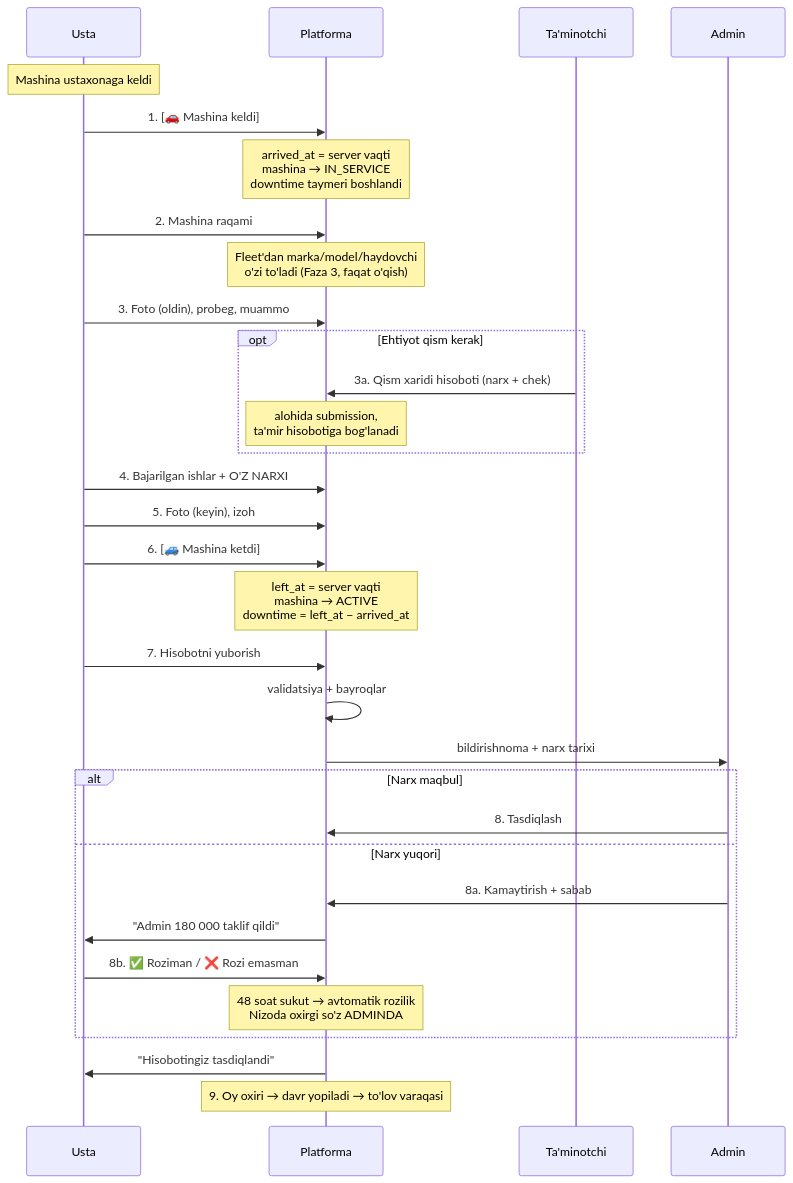
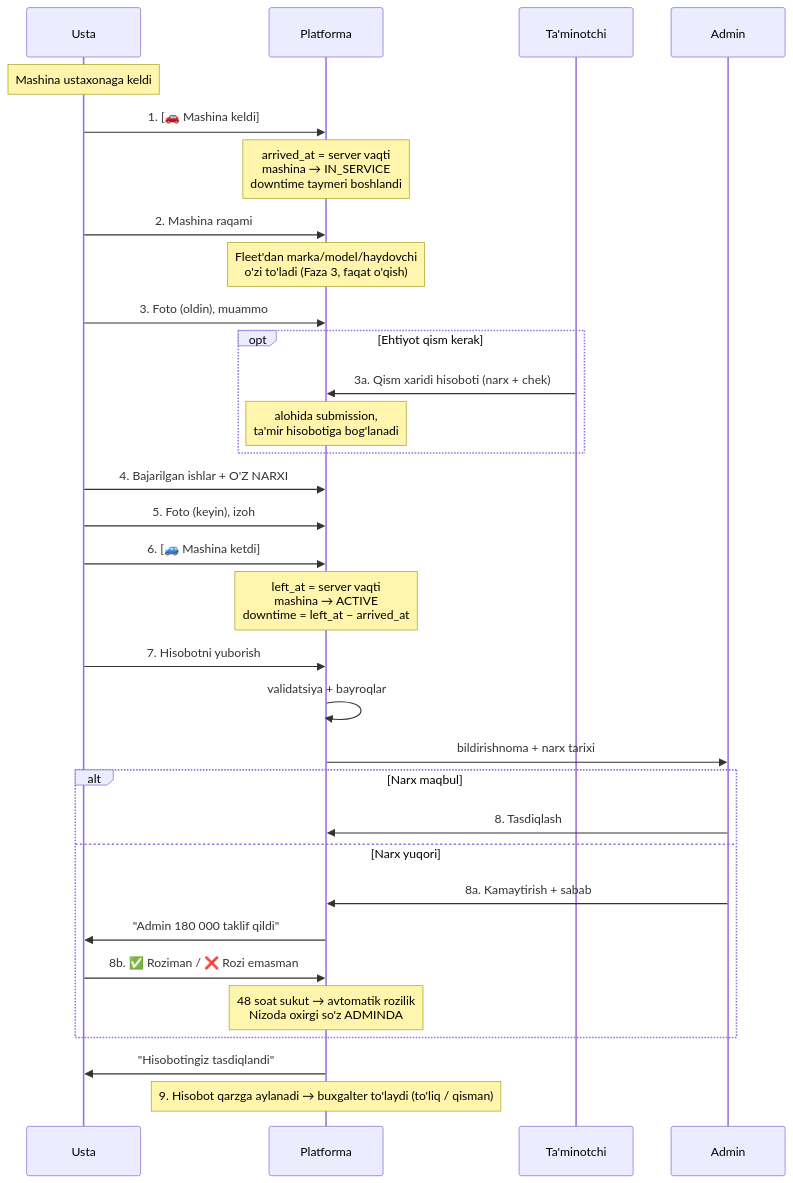
The diagram in docs/04-flows/01-repair-lifecycle.md (mcodevs/novacore_platform), drawn with Mermaid before and after one commit. The commit also changed other lines of this file and 67 other files, not shown here.

First line of the commit message:
Qarz daftari: oy yopish o'rniga hisobot bo'yicha to'lov

````diff
--- a/docs/04-flows/01-repair-lifecycle.md
+++ b/docs/04-flows/01-repair-lifecycle.md
@@ -7,41 +7,41 @@
 ```mermaid
 sequenceDiagram
     participant U as Usta
     participant P as Platforma
     participant T as Ta'minotchi
     participant A as Admin
 
     Note over U: Mashina ustaxonaga keldi
     U->>P: 1. [🚗 Mashina keldi]
     Note over P: arrived_at = server vaqti<br/>mashina → IN_SERVICE<br/>downtime taymeri boshlandi
 
     U->>P: 2. Mashina raqami
     Note over P: Fleet'dan marka/model/haydovchi<br/>o'zi to'ladi (Faza 3, faqat o'qish)
-    U->>P: 3. Foto (oldin), probeg, muammo
+    U->>P: 3. Foto (oldin), muammo
 
     opt Ehtiyot qism kerak
         T->>P: 3a. Qism xaridi hisoboti (narx + chek)
         Note over P: alohida submission,<br/>ta'mir hisobotiga bog'lanadi
     end
 
     U->>P: 4. Bajarilgan ishlar + O'Z NARXI
     U->>P: 5. Foto (keyin), izoh
     U->>P: 6. [🚙 Mashina ketdi]
     Note over P: left_at = server vaqti<br/>mashina → ACTIVE<br/>downtime = left_at − arrived_at
 
     U->>P: 7. Hisobotni yuborish
     P->>P: validatsiya + bayroqlar
     P->>A: bildirishnoma + narx tarixi
 
     alt Narx maqbul
         A->>P: 8. Tasdiqlash
     else Narx yuqori
         A->>P: 8a. Kamaytirish + sabab
         P->>U: "Admin 180 000 taklif qildi"
         U->>P: 8b. ✅ Roziman / ❌ Rozi emasman
         Note over P: 48 soat sukut → avtomatik rozilik<br/>Nizoda oxirgi so'z ADMINDA
     end
     P->>U: "Hisobotingiz tasdiqlandi"
 
-    Note over P: 9. Oy oxiri → davr yopiladi → to'lov varaqasi
+    Note over P: 9. Hisobot qarzga aylanadi → buxgalter to'laydi (to'liq / qisman)
 ```
````
